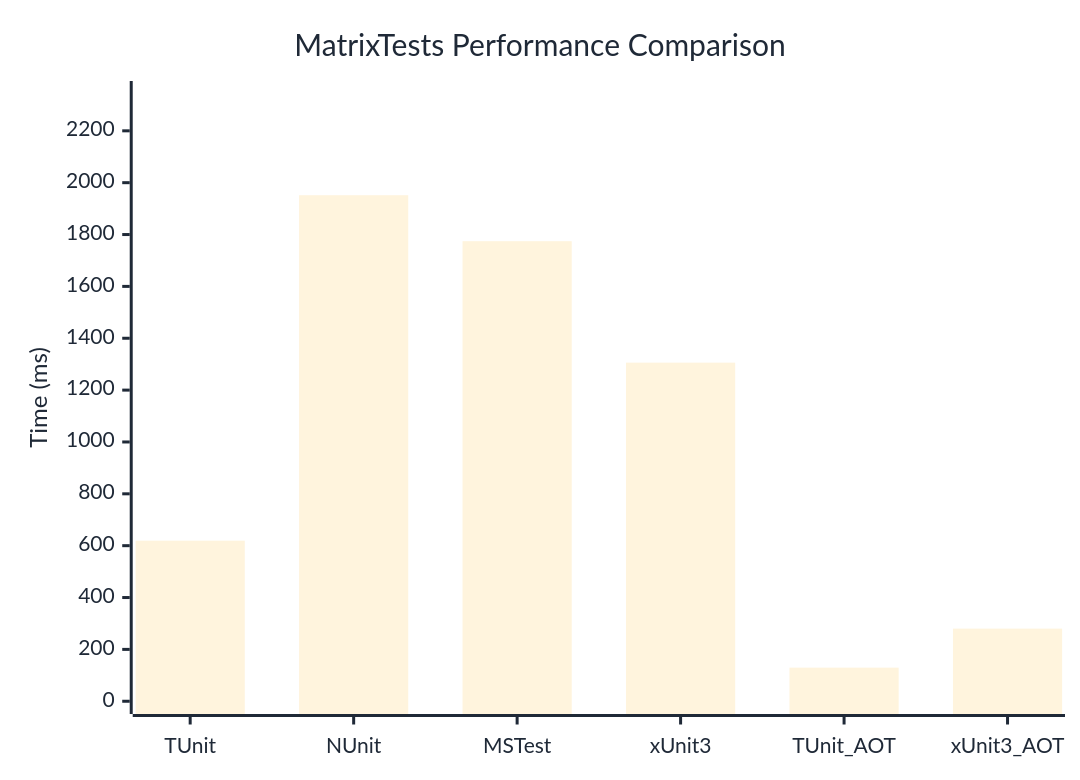
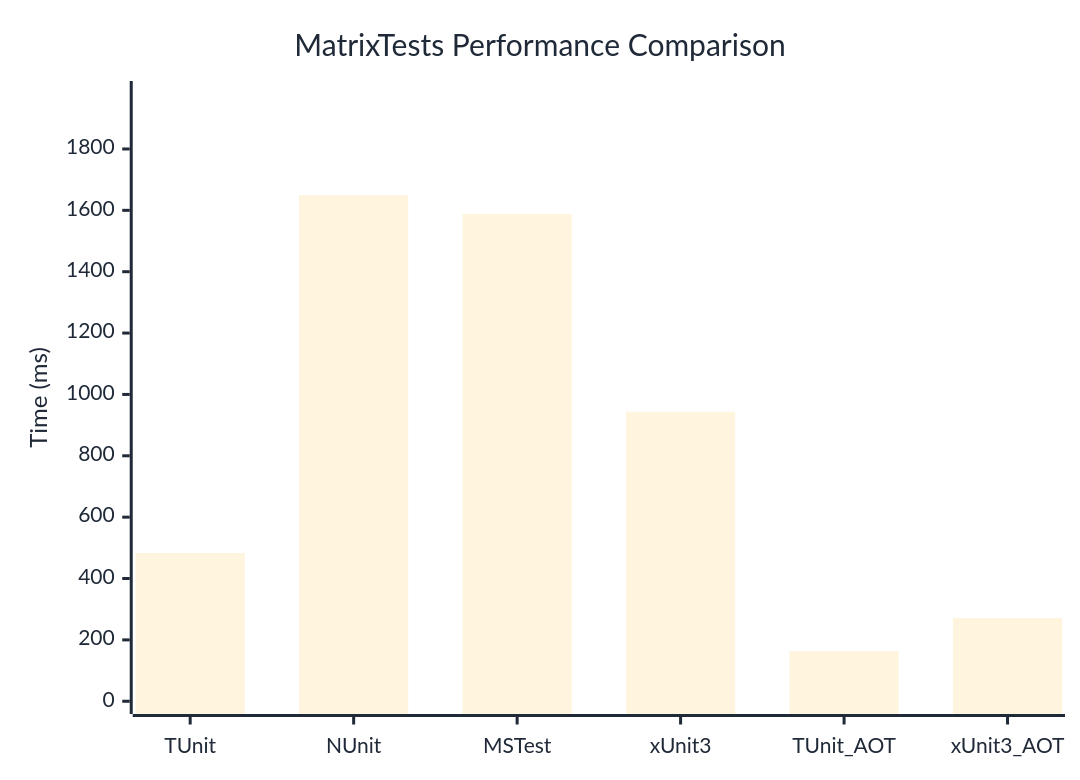
The diagram in docs/docs/benchmarks/engine/MatrixTests.md (thomhurst/TUnit), drawn with Mermaid before and after one commit. The commit also changed other lines of this file and 18 other files, not shown here.

````diff
--- a/docs/docs/benchmarks/engine/MatrixTests.md
+++ b/docs/docs/benchmarks/engine/MatrixTests.md
@@ -30,37 +30,37 @@
 ```mermaid
 %%{init: {
   'theme':'base',
   'themeVariables': {
     'primaryColor': '#2563eb',
     'primaryTextColor': '#1f2937',
     'primaryBorderColor': '#1e40af',
     'lineColor': '#6b7280',
     'secondaryColor': '#7c3aed',
     'tertiaryColor': '#dc2626',
     'background': '#ffffff',
     'mainBkg': '#2563eb',
     'secondBkg': '#7c3aed',
     'tertiaryBkg': '#dc2626',
     'clusterBkg': '#f3f4f6',
     'edgeLabelBackground': '#ffffff',
     'tertiaryTextColor': '#1f2937',
     'pie1': '#2563eb',
     'pie2': '#7c3aed',
     'pie3': '#dc2626',
     'pie4': '#f59e0b',
     'pie5': '#10b981',
     'pie6': '#06b6d4',
     'pie7': '#ec4899',
     'pie8': '#6366f1',
     'pie9': '#84cc16',
     'pie10': '#f97316',
     'pie11': '#14b8a6',
     'pie12': '#a855f7'
   }
 }}%%
 xychart-beta
   title "MatrixTests Performance Comparison"
   x-axis ["TUnit", "NUnit", "MSTest", "xUnit3", "TUnit_AOT", "xUnit3_AOT"]
-  y-axis "Time (ms)" 0 --> 2343
-  bar [619.3, 1951.7, 1774.3, 1305.9, 129.6, 280.1]
+  y-axis "Time (ms)" 0 --> 1980
+  bar [483.3, 1649.7, 1588, 943.6, 163.8, 271.4]
 ```
````
